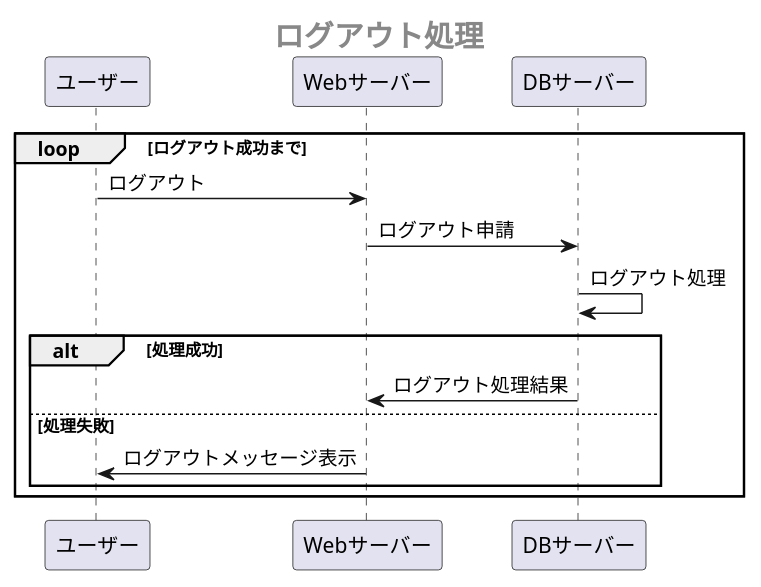
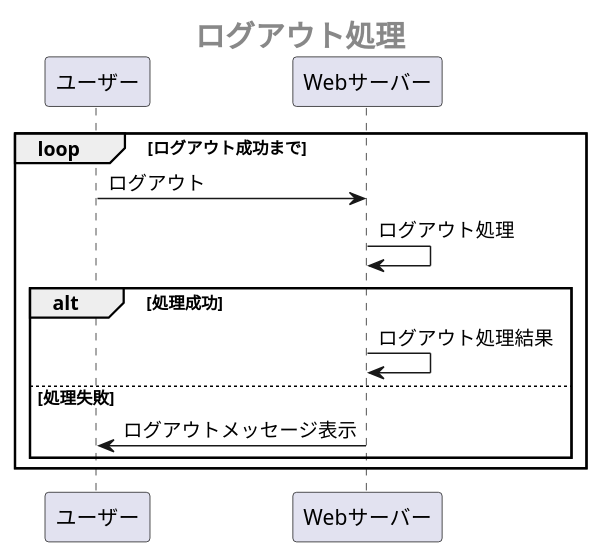
Before and after one commit to Aso2001385/NAISA: the fourth of 7 diagrams in 設計書/02_業務フロー/BusinessFlow.md, drawn with PlantUML. The commit also changed other lines of this file, not shown here.

````diff
--- a/設計書/02_業務フロー/BusinessFlow.md
+++ b/設計書/02_業務フロー/BusinessFlow.md
@@ -101,15 +105,14 @@
 ```uml
 @startuml
- center header <size:20><b>ログアウト処理</b></size>
+center header <size:20><b>ログアウト処理</b></size>
  loop ログアウト成功まで
   ユーザー -> Webサーバー:ログアウト
-  Webサーバー -> DBサーバー:ログアウト申請
-  DBサーバー -> DBサーバー:ログアウト処理
+  Webサーバー -> Webサーバー:ログアウト処理
   alt 処理成功
-   DBサーバー -> Webサーバー:ログアウト処理結果
+   Webサーバー -> Webサーバー:ログアウト処理結果
   else 処理失敗
    Webサーバー ->ユーザー:ログアウトメッセージ表示
   end
  end
 @enduml
 ```
````
